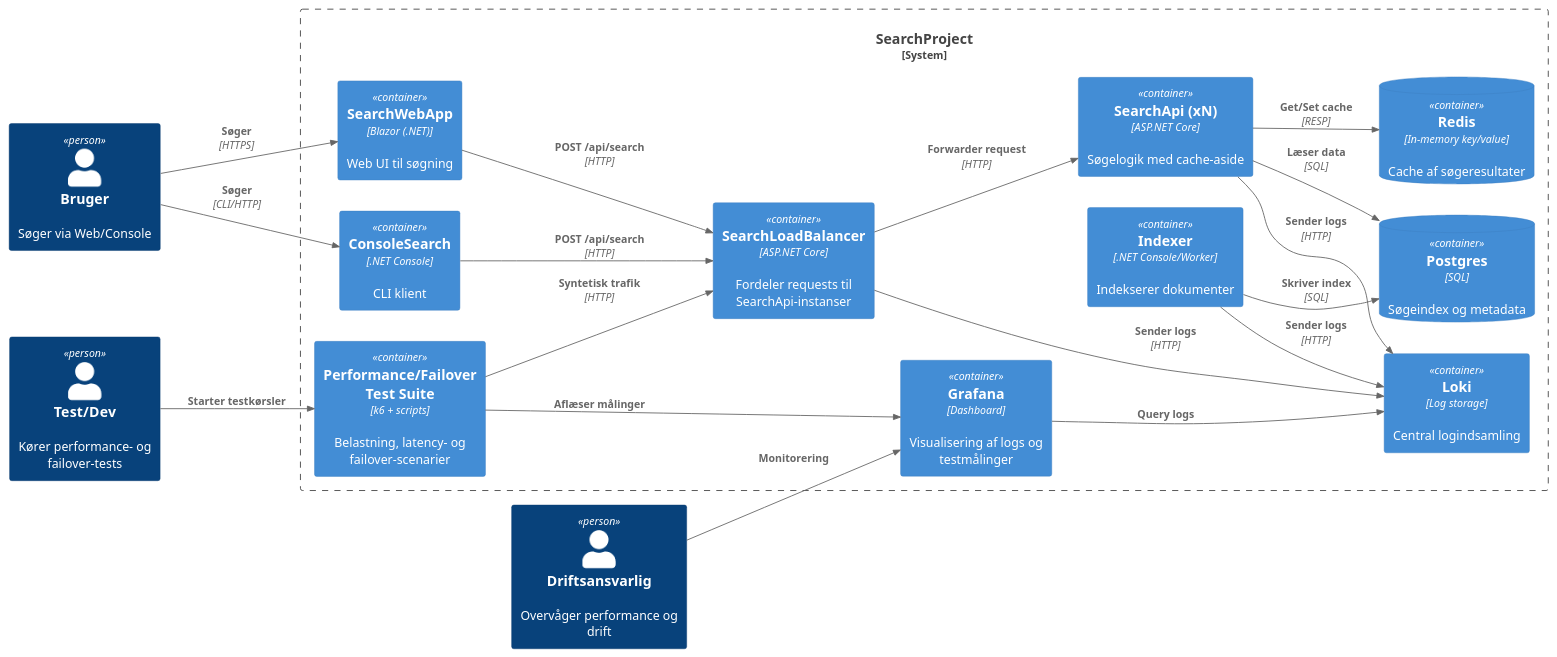
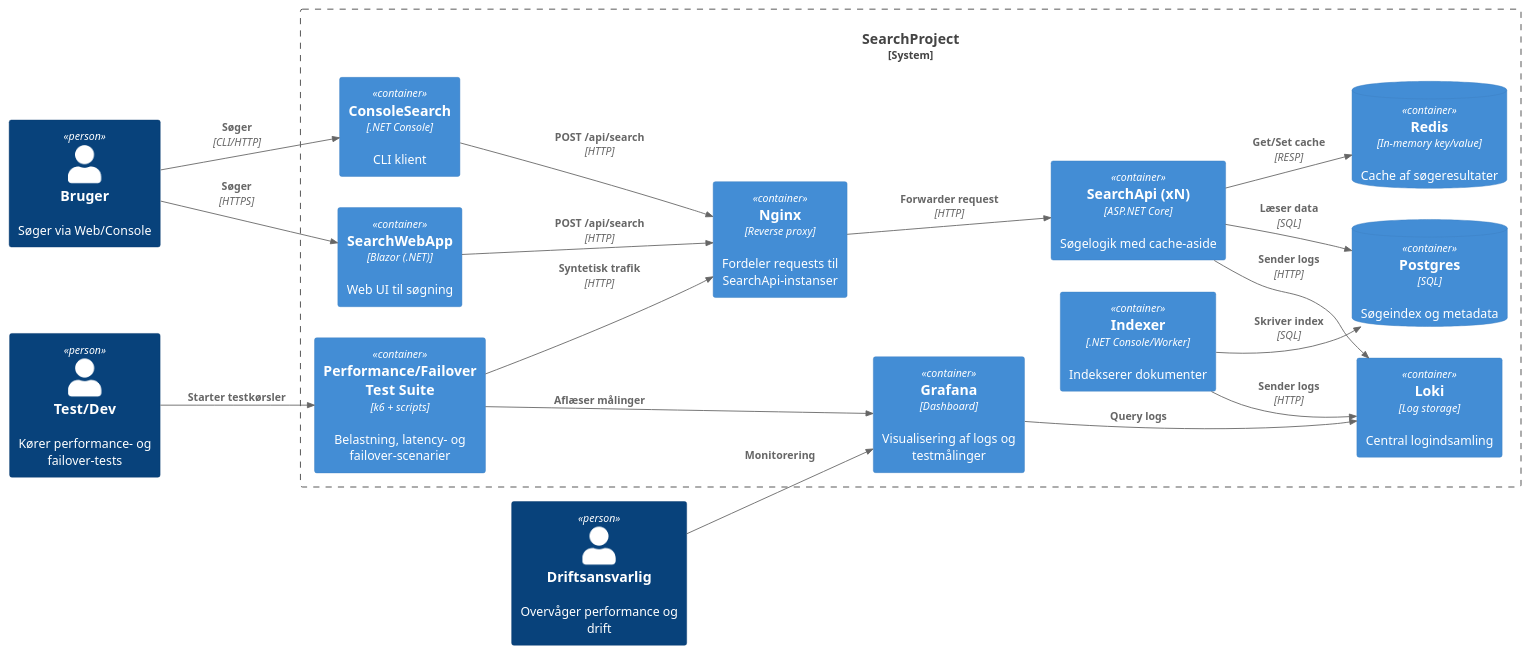
The diagram in docs/diagrams/c4_container_searchproject.puml (Viggodrengen/-SearchProject), drawn with PlantUML before and after one commit. The commit also changed 41 other files, not shown here.

Commit message:
refactor: replace custom load balancer with nginx

```diff
--- a/docs/diagrams/c4_container_searchproject.puml
+++ b/docs/diagrams/c4_container_searchproject.puml
@@ -1,45 +1,44 @@
 @startuml C4_Container_SearchProject
 !includeurl https://raw.githubusercontent.com/plantuml-stdlib/C4-PlantUML/master/C4_Container.puml
 
 LAYOUT_LEFT_RIGHT()
 
 Person(user, "Bruger", "Søger via Web/Console")
 Person(ops, "Driftsansvarlig", "Overvåger performance og drift")
 Person(tester, "Test/Dev", "Kører performance- og failover-tests")
 
 System_Boundary(search, "SearchProject") {
   Container(web, "SearchWebApp", "Blazor (.NET)", "Web UI til søgning")
   Container(console, "ConsoleSearch", ".NET Console", "CLI klient")
-  Container(lb, "SearchLoadBalancer", "ASP.NET Core", "Fordeler requests til SearchApi-instanser")
+  Container(proxy, "Nginx", "Reverse proxy", "Fordeler requests til SearchApi-instanser")
   Container(api, "SearchApi (xN)", "ASP.NET Core", "Søgelogik med cache-aside")
   Container(indexer, "Indexer", ".NET Console/Worker", "Indekserer dokumenter")
 
   ContainerDb(redis, "Redis", "In-memory key/value", "Cache af søgeresultater")
   ContainerDb(pg, "Postgres", "SQL", "Søgeindex og metadata")
 
   Container(loki, "Loki", "Log storage", "Central logindsamling")
   Container(grafana, "Grafana", "Dashboard", "Visualisering af logs og testmålinger")
 
   Container(testsuite, "Performance/Failover Test Suite", "k6 + scripts", "Belastning, latency- og failover-scenarier")
 }
 
 Rel(user, web, "Søger", "HTTPS")
 Rel(user, console, "Søger", "CLI/HTTP")
-Rel(console, lb, "POST /api/search", "HTTP")
-Rel(web, lb, "POST /api/search", "HTTP")
-Rel(lb, api, "Forwarder request", "HTTP")
+Rel(console, proxy, "POST /api/search", "HTTP")
+Rel(web, proxy, "POST /api/search", "HTTP")
+Rel(proxy, api, "Forwarder request", "HTTP")
 Rel(api, redis, "Get/Set cache", "RESP")
 Rel(api, pg, "Læser data", "SQL")
 Rel(indexer, pg, "Skriver index", "SQL")
 
 Rel(api, loki, "Sender logs", "HTTP")
-Rel(lb, loki, "Sender logs", "HTTP")
 Rel(indexer, loki, "Sender logs", "HTTP")
 Rel(grafana, loki, "Query logs")
 Rel(ops, grafana, "Monitorering")
 
 Rel(tester, testsuite, "Starter testkørsler")
-Rel(testsuite, lb, "Syntetisk trafik", "HTTP")
+Rel(testsuite, proxy, "Syntetisk trafik", "HTTP")
 Rel(testsuite, grafana, "Aflæser målinger")
 
 @enduml
```
